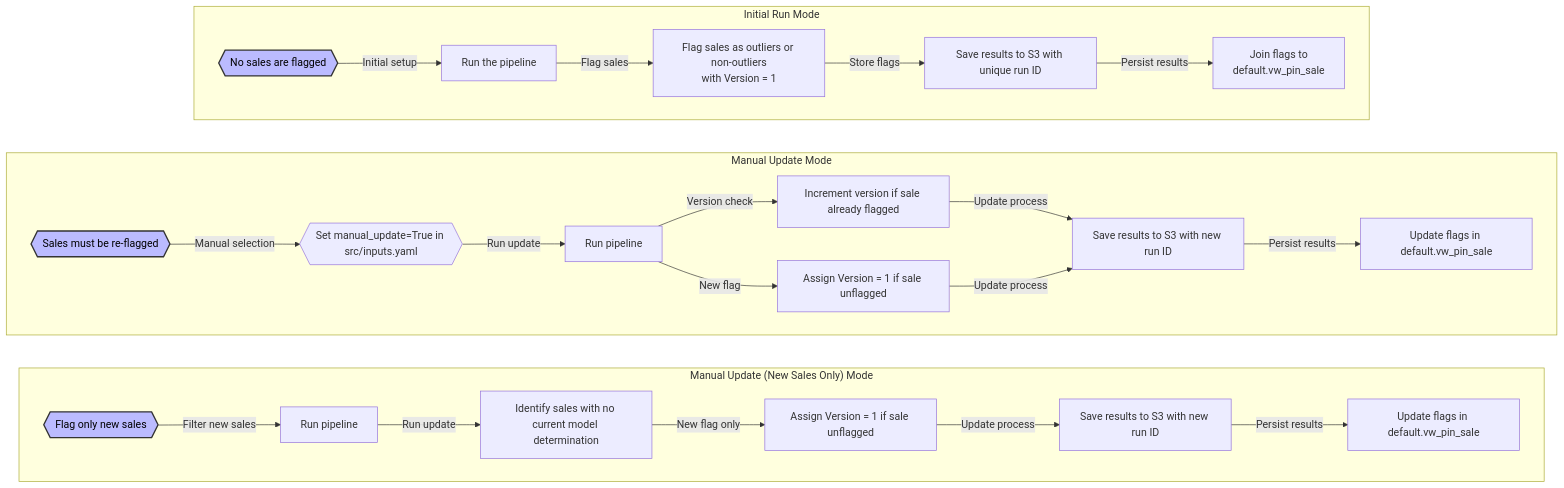
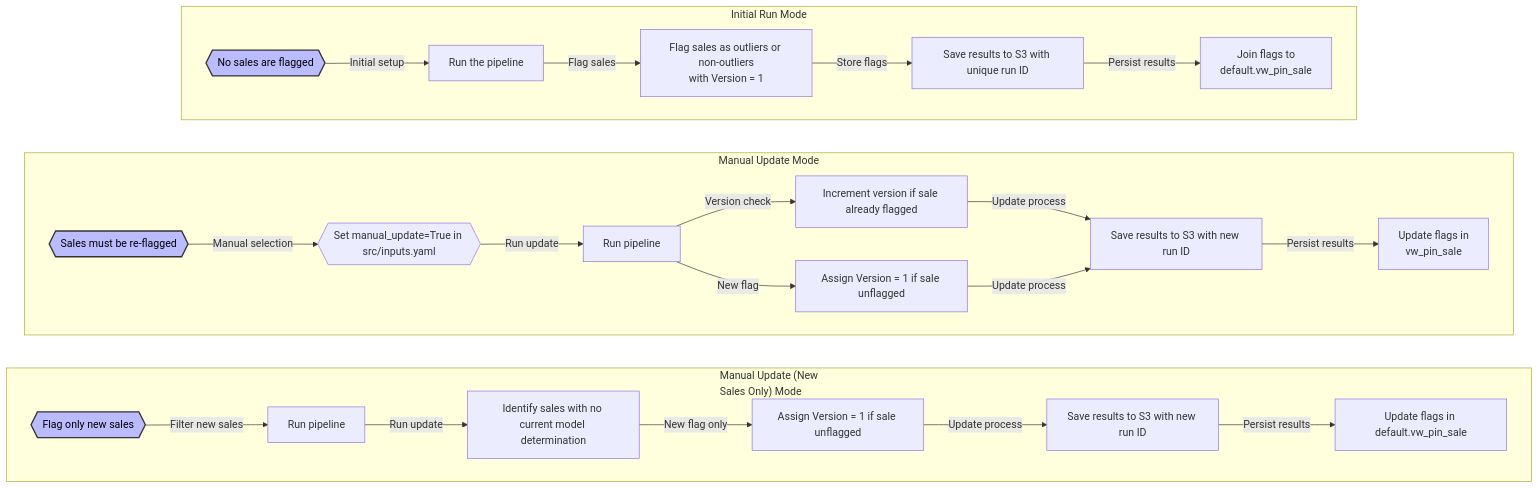
Before and after one commit to ccao-data/model-sales-val: the first of 2 diagrams in README.md, drawn with Mermaid.

Commit message:
Test line breaks

````diff
--- a/README.md
+++ b/README.md
@@ -93,58 +93,58 @@
 ```mermaid
 graph TB
     subgraph initial["Initial Run Mode"]
         direction LR
         A1{{"No sales are flagged"}}
         B1[Run the pipeline]
         C1[Flag sales as outliers or non-outliers<br>with Version = 1]
         D1[Save results to S3 with unique run ID]
         E1[Join flags to<br>default.vw_pin_sale]
 
         A1 -->|Initial setup| B1
         B1 -->|Flag sales| C1
         C1 -->|Store flags| D1
         D1 -->|Persist results| E1
     end
 
     subgraph manual["Manual Update Mode"]
         direction LR
         A3{{"Sales must be re-flagged"}}
         B3{{"Set manual_update=True in src/inputs.yaml"}}
         C3[Run pipeline]
         D3[Increment version if sale already flagged]
         E3[Assign Version = 1 if sale unflagged]
         F3[Save results to S3 with new run ID]
-        G3[Update flags in default.vw_pin_sale]
+        G3[Update flags in <br>vw_pin_sale]
 
         A3 -->|Manual selection| B3
         B3 -->|Run update| C3
         C3 -->|Version check| D3
         D3 -->|Update process| F3
         C3 -->|New flag| E3
         E3 -->|Update process| F3
         F3 -->|Persist results| G3
     end
 
-    subgraph new_only["Manual Update (New Sales Only) Mode"]
+    subgraph new_only["Manual Update (New <br> Sales Only) Mode"]
         direction LR
         A4{{"Flag only new sales"}}
         B4[Run pipeline]
         C4[Identify sales with no current model determination]
         E4[Assign Version = 1 if sale unflagged]
         F4[Save results to S3 with new run ID]
         G4[Update flags in default.vw_pin_sale]
 
         A4 -->|Filter new sales| B4
         B4 -->|Run update| C4
         C4 -->|New flag only| E4
         E4 -->|Update process| F4
         F4 -->|Persist results| G4
     end
 
     initial ~~~ manual
     manual ~~~ new_only
 
     style A1 fill:#bbf,stroke:#333,stroke-width:2px,color:#000
     style A3 fill:#bbf,stroke:#333,stroke-width:2px,color:#000
     style A4 fill:#bbf,stroke:#333,stroke-width:2px,color:#000
 ```
````
